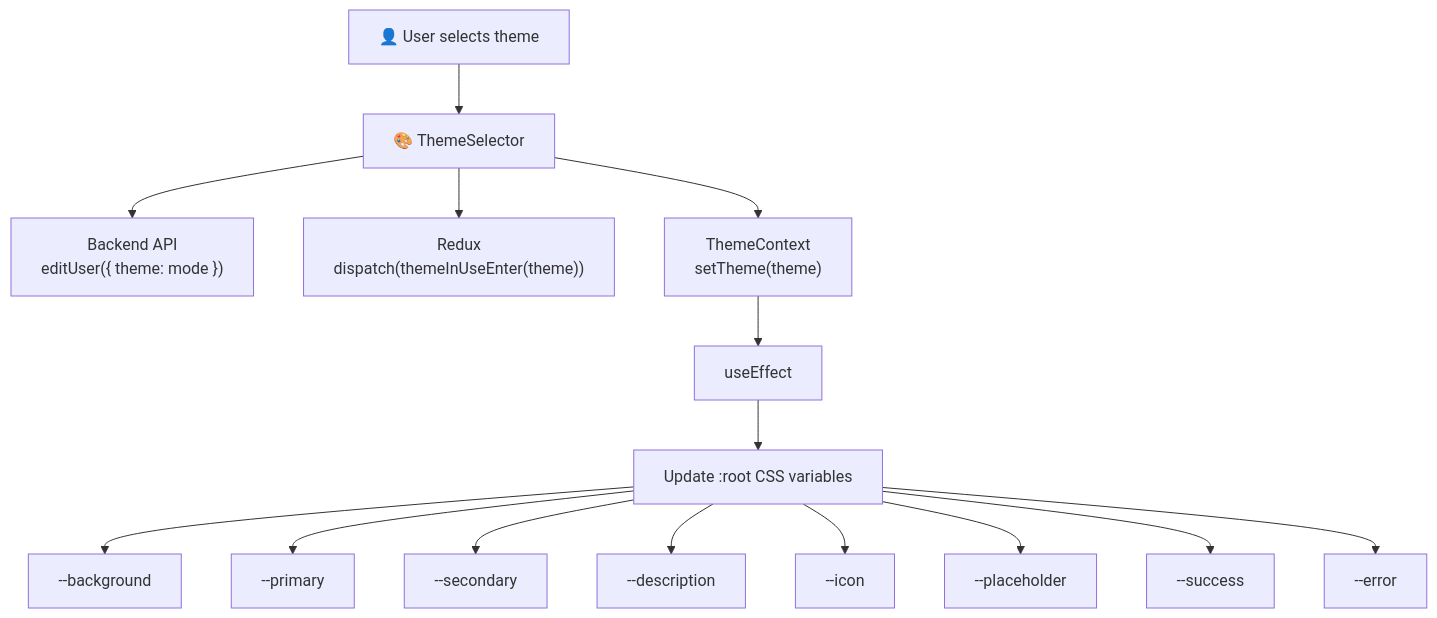
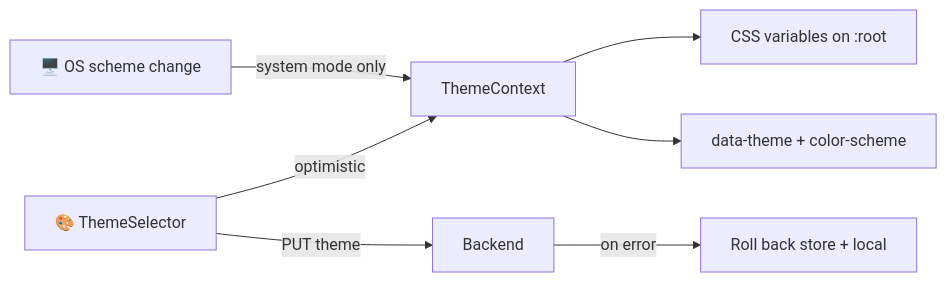
The second of 2 diagrams in architecture/language-theme/en.md (AndDev741/Beyou-arch-design), drawn with Mermaid before and after one commit. The commit also changed other lines of this file and 7 other files, not shown here.

First line of the commit message:
docs(architecture): language-theme and ui-security match the shipped code

````diff
--- a/architecture/language-theme/en.md
+++ b/architecture/language-theme/en.md
@@ -82,19 +54,9 @@
 ```mermaid
-flowchart TD
-  USER["👤 User selects theme"]
-  USER --> SEL["🎨 ThemeSelector"]
-  SEL --> API["Backend API<br/>editUser({ theme: mode })"]
-  SEL --> RDX["Redux<br/>dispatch(themeInUseEnter(theme))"]
-  SEL --> CTX["ThemeContext<br/>setTheme(theme)"]
-
-  CTX --> EFFECT["useEffect"]
-  EFFECT --> CSS["Update :root CSS variables"]
-  CSS --> BG["--background"]
-  CSS --> PRI["--primary"]
-  CSS --> SEC["--secondary"]
-  CSS --> DESC["--description"]
-  CSS --> ICO["--icon"]
-  CSS --> PH["--placeholder"]
-  CSS --> SUC["--success"]
-  CSS --> ERR["--error"]
+flowchart LR
+  SEL["🎨 ThemeSelector"] -->|"optimistic"| CTX["ThemeContext"]
+  CTX --> VARS["CSS variables on :root"]
+  CTX --> DATA["data-theme + color-scheme"]
+  SEL -->|"PUT theme"| BE["Backend"]
+  BE -->|"on error"| ROLLBACK["Roll back store + local"]
+  OS["🖥️ OS scheme change"] -->|"system mode only"| CTX
 ```
````
